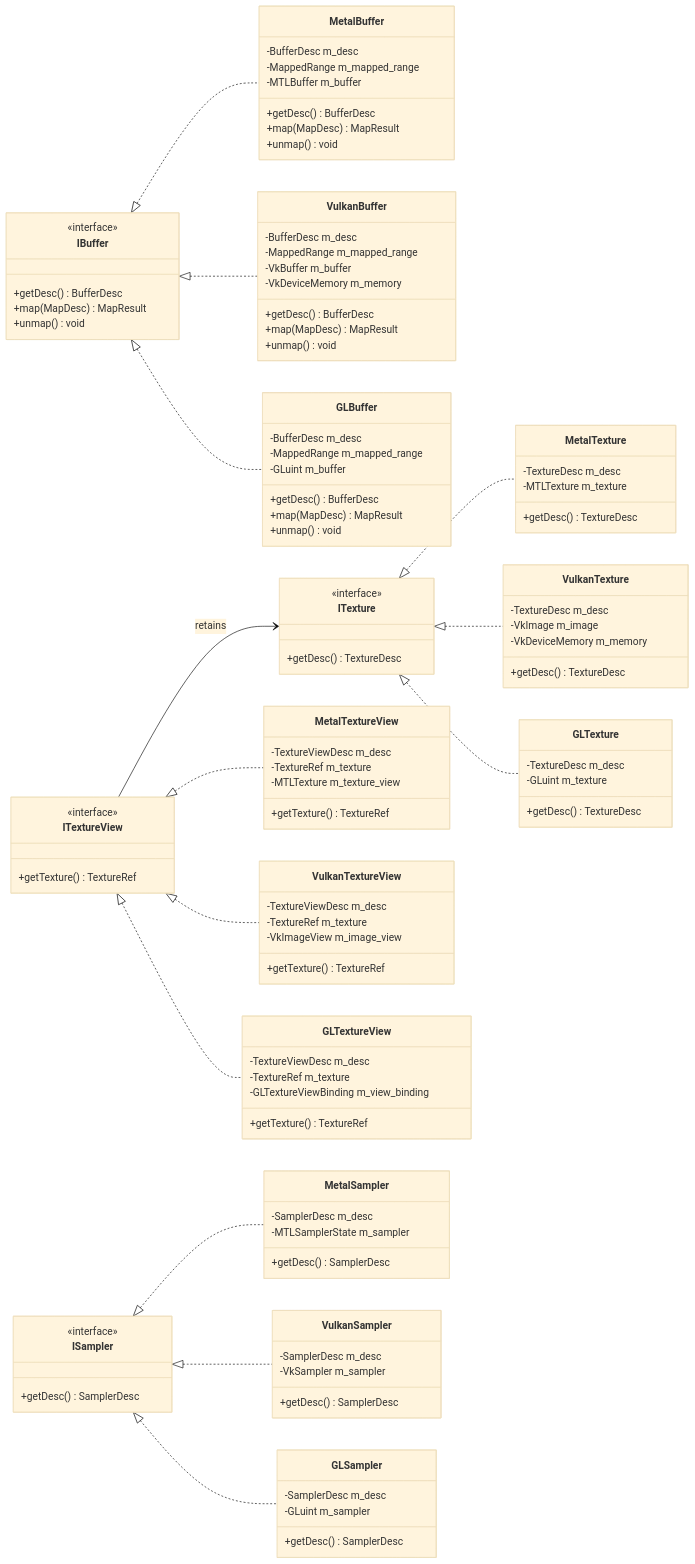
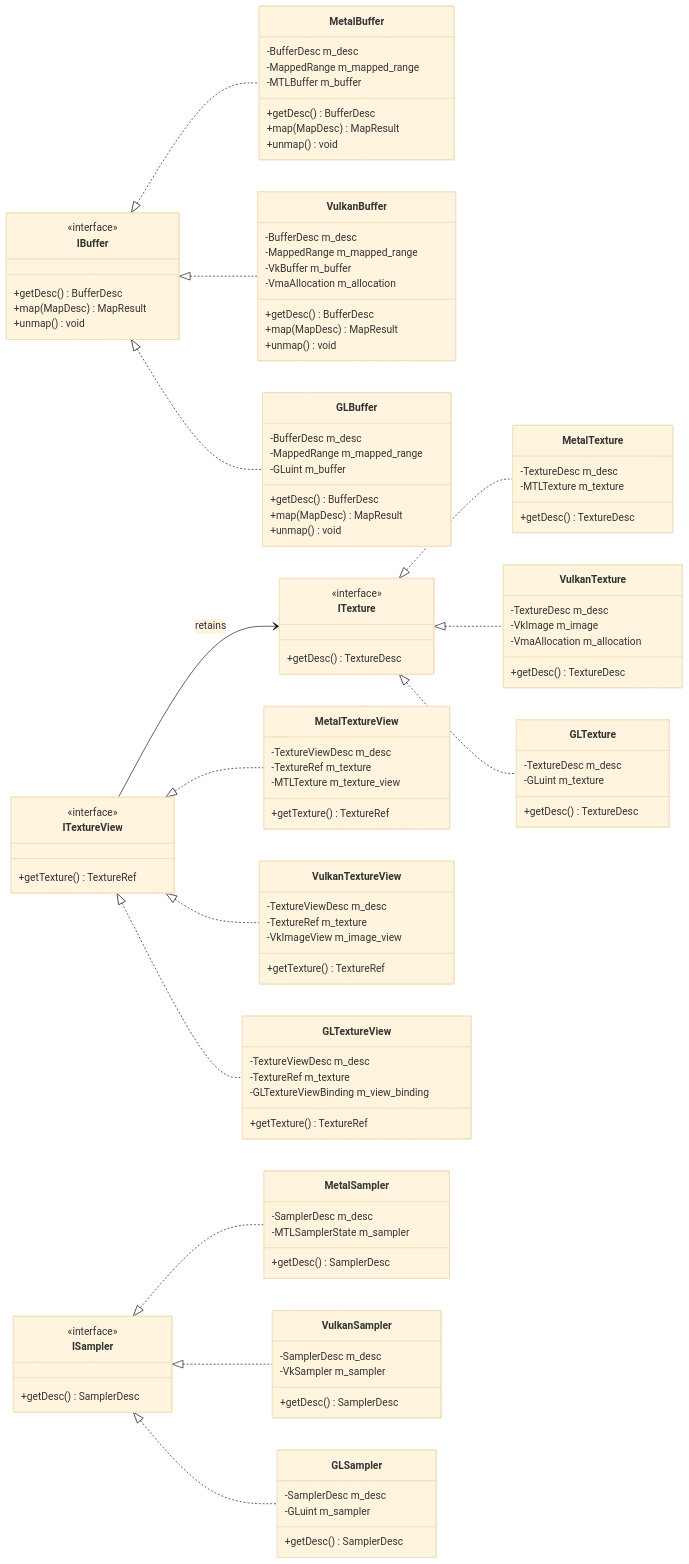
Before and after one commit to oyanymous/mango: the diagram in docs/diagrams/RHI_RESOURCES.mmd, drawn with Mermaid (base theme). The commit also changed 18 other files, not shown here.

```diff
--- a/docs/diagrams/RHI_RESOURCES.mmd
+++ b/docs/diagrams/RHI_RESOURCES.mmd
@@ -1,111 +1,111 @@
 classDiagram
     direction LR
     %% Proposed design, not source-verified. Native type names are conceptual.
     %% Interfaces declare behavior; concrete backend classes hold implementation state.
     %% Buffers, textures, views and samplers
     %% External references mirror the public APIs in their owning RHI files.
     class IBuffer {
         <<interface>>
         +getDesc() BufferDesc
         +map(MapDesc) MapResult
         +unmap() void
     }
     class MetalBuffer {
         -BufferDesc m_desc
         -MappedRange m_mapped_range
         -MTLBuffer m_buffer
         +getDesc() BufferDesc
         +map(MapDesc) MapResult
         +unmap() void
     }
     class VulkanBuffer {
         -BufferDesc m_desc
         -MappedRange m_mapped_range
         -VkBuffer m_buffer
-        -VkDeviceMemory m_memory
+        -VmaAllocation m_allocation
         +getDesc() BufferDesc
         +map(MapDesc) MapResult
         +unmap() void
     }
     class GLBuffer {
         -BufferDesc m_desc
         -MappedRange m_mapped_range
         -GLuint m_buffer
         +getDesc() BufferDesc
         +map(MapDesc) MapResult
         +unmap() void
     }
     class ITexture {
         <<interface>>
         +getDesc() TextureDesc
     }
     class MetalTexture {
         -TextureDesc m_desc
         -MTLTexture m_texture
         +getDesc() TextureDesc
     }
     class VulkanTexture {
         -TextureDesc m_desc
         -VkImage m_image
-        -VkDeviceMemory m_memory
+        -VmaAllocation m_allocation
         +getDesc() TextureDesc
     }
     class GLTexture {
         -TextureDesc m_desc
         -GLuint m_texture
         +getDesc() TextureDesc
     }
     class ITextureView {
         <<interface>>
         +getTexture() TextureRef
     }
     class MetalTextureView {
         -TextureViewDesc m_desc
         -TextureRef m_texture
         -MTLTexture m_texture_view
         +getTexture() TextureRef
     }
     class VulkanTextureView {
         -TextureViewDesc m_desc
         -TextureRef m_texture
         -VkImageView m_image_view
         +getTexture() TextureRef
     }
     class GLTextureView {
         -TextureViewDesc m_desc
         -TextureRef m_texture
         -GLTextureViewBinding m_view_binding
         +getTexture() TextureRef
     }
     class ISampler {
         <<interface>>
         +getDesc() SamplerDesc
     }
     class MetalSampler {
         -SamplerDesc m_desc
         -MTLSamplerState m_sampler
         +getDesc() SamplerDesc
     }
     class VulkanSampler {
         -SamplerDesc m_desc
         -VkSampler m_sampler
         +getDesc() SamplerDesc
     }
     class GLSampler {
         -SamplerDesc m_desc
         -GLuint m_sampler
         +getDesc() SamplerDesc
     }
     IBuffer <|.. MetalBuffer
     IBuffer <|.. VulkanBuffer
     IBuffer <|.. GLBuffer
     ITexture <|.. MetalTexture
     ITexture <|.. VulkanTexture
     ITexture <|.. GLTexture
     ITextureView <|.. MetalTextureView
     ITextureView <|.. VulkanTextureView
     ITextureView <|.. GLTextureView
     ISampler <|.. MetalSampler
     ISampler <|.. VulkanSampler
     ISampler <|.. GLSampler
     ITextureView --> ITexture : retains
```
